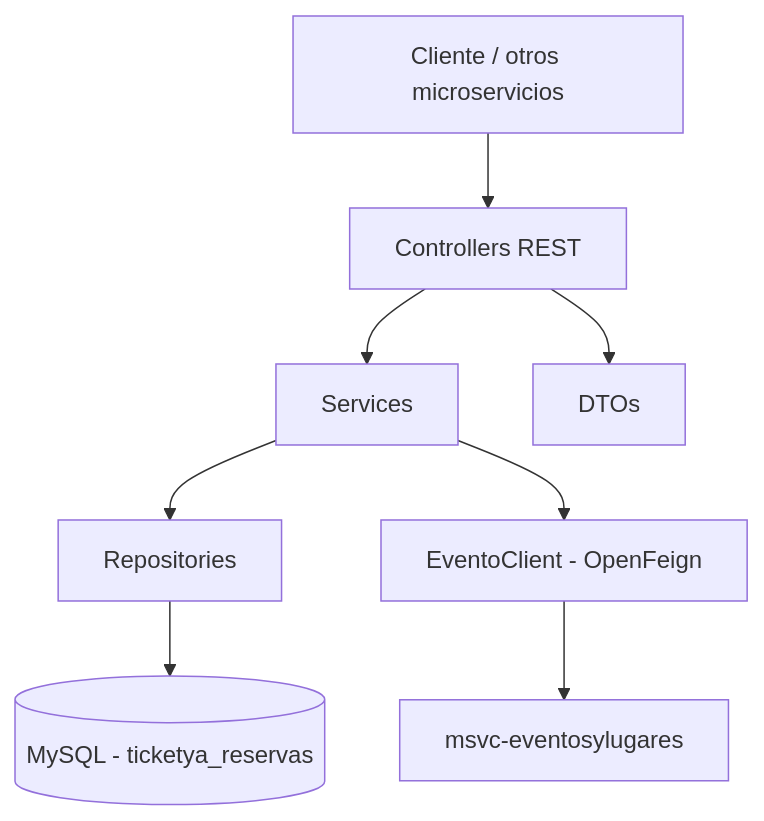
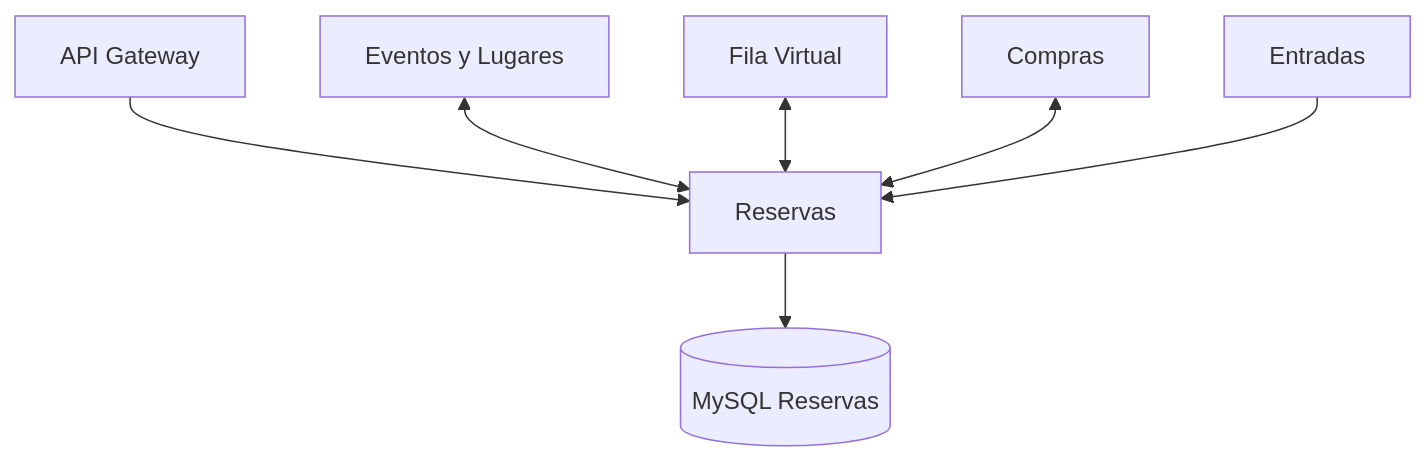
Before and after one commit to LuliDiNucci/arquitecturasGrupo12: the diagram in TPE-micro2/msvc-reservas/docs/02-ARQUITECTURA-Y-DIAGRAMAS-RESERVAS.md, drawn with Mermaid. The commit also changed other lines of this file and 294 other files, not shown here.

````diff
--- a/TPE-micro2/msvc-reservas/docs/02-ARQUITECTURA-Y-DIAGRAMAS-RESERVAS.md
+++ b/TPE-micro2/msvc-reservas/docs/02-ARQUITECTURA-Y-DIAGRAMAS-RESERVAS.md
@@ -35,19 +21,9 @@
 ```mermaid
-flowchart TB
-    Cliente["Cliente / otros microservicios"]
-    Controller["Controllers REST"]
-    Service["Services"]
-    Repository["Repositories"]
-    DB[("MySQL - ticketya_reservas")]
-    DTO["DTOs"]
-    Client["EventoClient - OpenFeign"]
-    Eventos["msvc-eventosylugares"]
-
-    Cliente --> Controller
-    Controller --> DTO
-    Controller --> Service
-    Service --> Repository
-    Repository --> DB
-    Service --> Client
-    Client --> Eventos
+flowchart TD
+    GW["API Gateway"] --> RE["Reservas"]
+    EV["Eventos y Lugares"] <--> RE
+    FV["Fila Virtual"] <--> RE
+    CO["Compras"] <--> RE
+    EN["Entradas"] --> RE
+    RE --> DB[("MySQL Reservas")]
 ```
````
